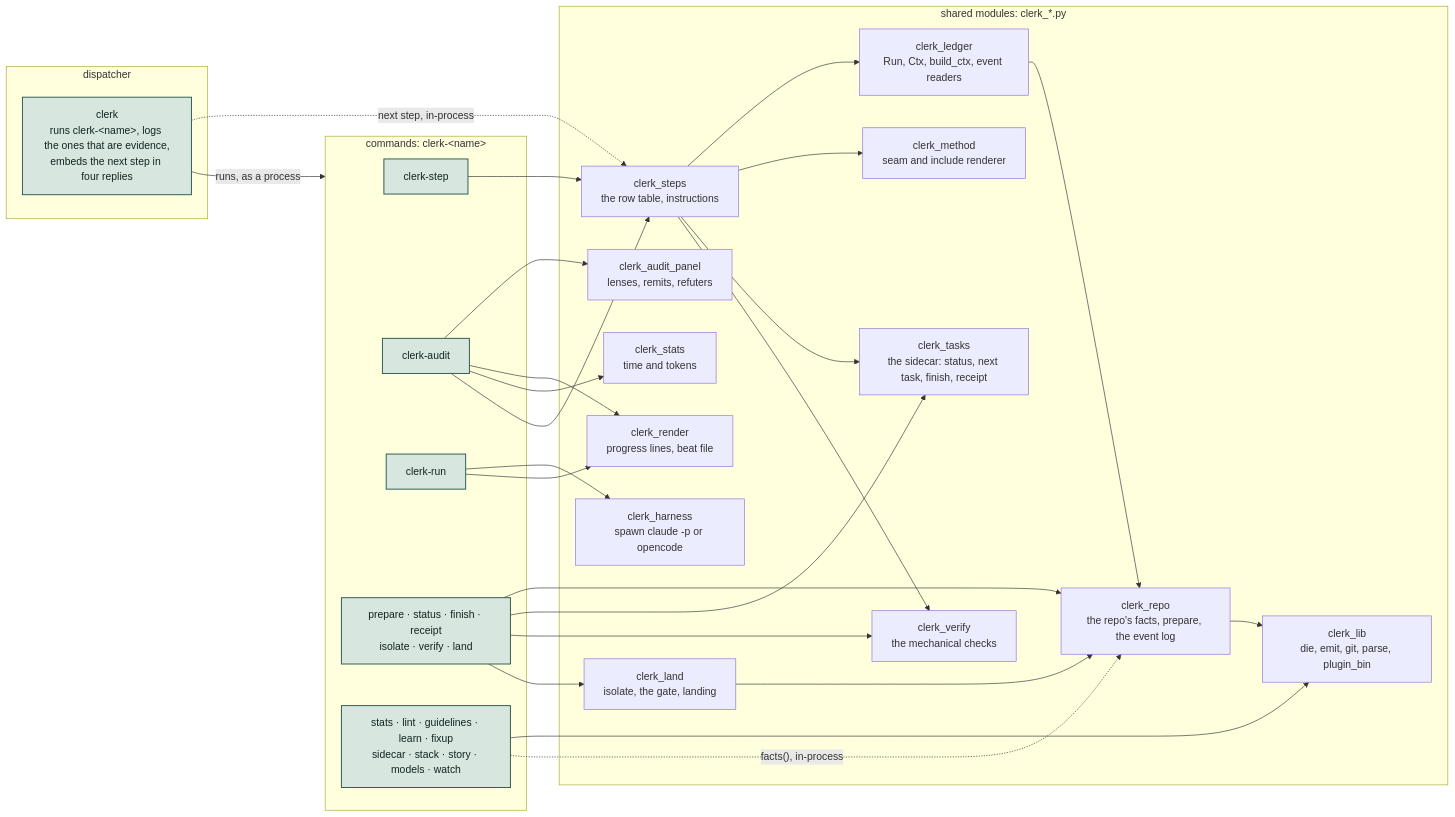
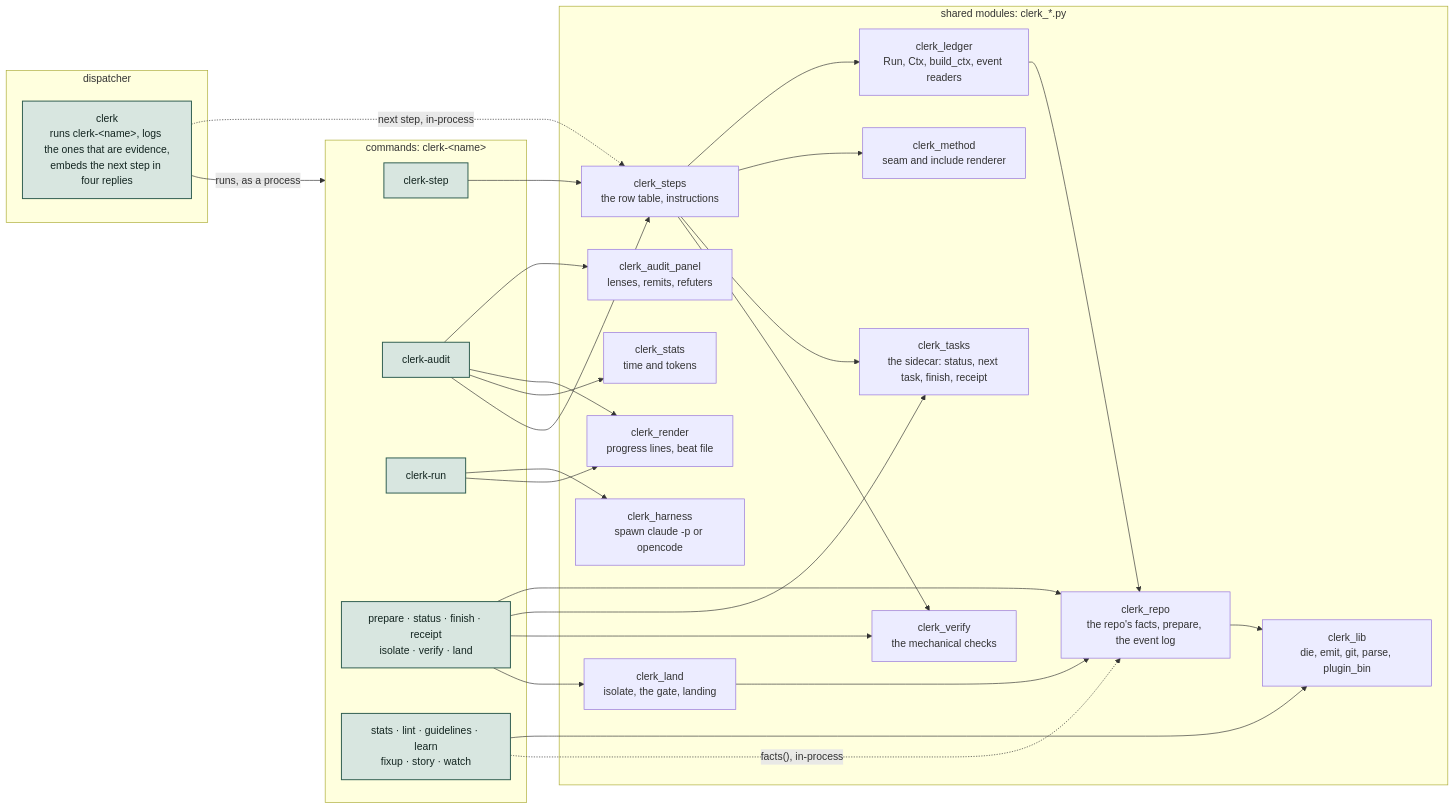
The fourth of 7 diagrams in docs/clerk-structure.md (hpcsc/dotfiles), drawn with Mermaid before and after one commit. The commit also changed other lines of this file and 11 other files, not shown here.

````diff
--- a/docs/clerk-structure.md
+++ b/docs/clerk-structure.md
@@ -131,50 +131,50 @@
 ```mermaid
 flowchart LR
   subgraph D["dispatcher"]
     core["clerk<br/>runs clerk-&lt;name&gt;, logs the ones that are evidence,<br/>embeds the next step in four replies"]
   end
   subgraph P["commands: clerk-&lt;name&gt;"]
     step["clerk-step"]
     audit["clerk-audit"]
     runp["clerk-run"]
     mech["prepare · status · finish · receipt<br/>isolate · verify · land"]
-    others["stats · lint · guidelines · learn · fixup<br/>sidecar · stack · story · models · watch"]
+    others["stats · lint · guidelines · learn<br/>fixup · story · watch"]
   end
   subgraph S["shared modules: clerk_*.py"]
     lib["clerk_lib<br/>die, emit, git, parse, plugin_bin"]
     repo["clerk_repo<br/>the repo's facts, prepare, the event log"]
     tasks["clerk_tasks<br/>the sidecar: status, next task, finish, receipt"]
     verify["clerk_verify<br/>the mechanical checks"]
     landm["clerk_land<br/>isolate, the gate, landing"]
     ledger["clerk_ledger<br/>Run, Ctx, build_ctx, event readers"]
     steps["clerk_steps<br/>the row table, instructions"]
     method["clerk_method<br/>seam and include renderer"]
     panel["clerk_audit_panel<br/>lenses, remits, refuters"]
     harness["clerk_harness<br/>spawn claude -p or opencode"]
     render["clerk_render<br/>progress lines, beat file"]
     st["clerk_stats<br/>time and tokens"]
   end
   core -->|"runs, as a process"| P
   core -.->|"next step, in-process"| steps
   step --> steps --> ledger --> repo --> lib
   steps --> method
   steps --> tasks
   steps --> verify
   mech --> repo
   mech --> tasks
   mech --> verify
   mech --> landm --> repo
   audit --> panel
   audit --> render
   audit --> st
   audit --> steps
   runp --> harness
   runp --> render
   others --> lib
   others -.->|"facts(), in-process"| repo
   classDef clerk fill:#D8E6E0,stroke:#2F5D50,stroke-width:1.5px,color:#132520
   classDef you fill:#F2DFD3,stroke:#A8501E,stroke-width:1.5px,color:#3A1A08
   classDef plain fill:#EEF0EC,stroke:#5C645F,stroke-width:1px,color:#1B1F1D
   classDef file fill:#FFFFFF,stroke:#9AA39D,stroke-width:1px,color:#1B1F1D
   class core,step,audit,runp,mech,others clerk
 ```
````
